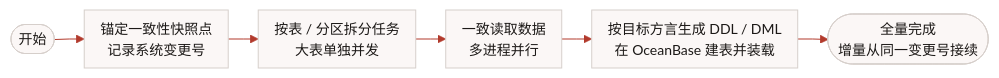
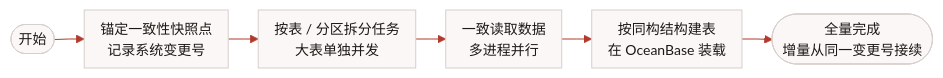
The first of 8 diagrams in jinrongjie-202611.md (9bridges/fzs-slides), drawn with Mermaid before and after one commit. The commit also changed other lines of this file, not shown here.

````diff
--- a/jinrongjie-202611.md
+++ b/jinrongjie-202611.md
@@ -863,9 +856,9 @@
 ```mermaid
 %%{init: {'theme':'base','flowchart': {'nodeSpacing': 22, 'rankSpacing': 30, 'padding': 8, 'curve': 'linear'}, 'themeVariables':{'primaryColor':'#fbf7f6','primaryTextColor':'#1c1917','primaryBorderColor':'#d6cfcb','lineColor':'#b23a2c','fontFamily':'Kaiti SC, KaiTi, serif','fontSize':'14px'}}}%%
 flowchart LR
   A([开始]) --> B["锚定一致性快照点<br/>记录系统变更号"]
   B --> C["按表 / 分区拆分任务<br/>大表单独并发"]
   C --> D["一致读取数据<br/>多进程并行"]
-  D --> E["按目标方言生成 DDL / DML<br/>在 OceanBase 建表并装载"]
+  D --> E["按同构结构建表<br/>在 OceanBase 装载"]
   E --> F([全量完成<br/>增量从同一变更号接续])
 ```
````
